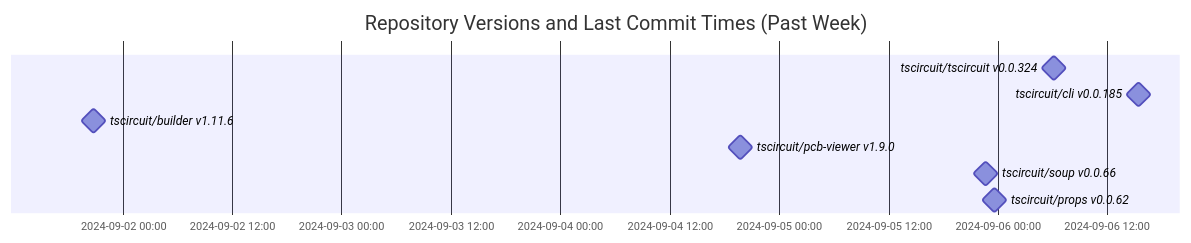
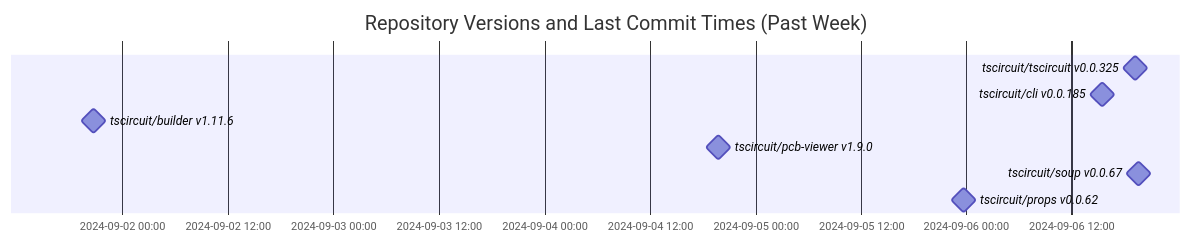
Before and after one commit to tscircuit/version-tracker: the diagram in README.md, drawn with Mermaid.

Commit message:
Update chart

````diff
--- a/README.md
+++ b/README.md
@@ -1,13 +1,13 @@
 ```mermaid
 gantt
   dateFormat  YYYY-MM-DD HH:mm:ss
   title Repository Versions and Last Commit Times (Past Week)
   axisFormat %Y-%m-%d %H:%M
 
-  tscircuit/tscircuit v0.0.324 : milestone, 2024-09-06 06:12:12, 1s
+  tscircuit/tscircuit v0.0.325 : milestone, 2024-09-06 19:08:26, 1s
   tscircuit/cli v0.0.185 : milestone, 2024-09-06 15:27:04, 1s
   tscircuit/builder v1.11.6 : milestone, 2024-09-01 20:47:46, 1s
   tscircuit/pcb-viewer v1.9.0 : milestone, 2024-09-04 19:45:38, 1s
-  tscircuit/soup v0.0.66 : milestone, 2024-09-05 22:41:45, 1s
+  tscircuit/soup v0.0.67 : milestone, 2024-09-06 19:34:04, 1s
   tscircuit/props v0.0.62 : milestone, 2024-09-05 23:38:33, 1s
 ```
````
